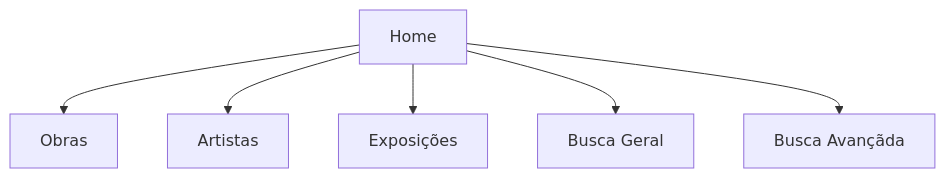
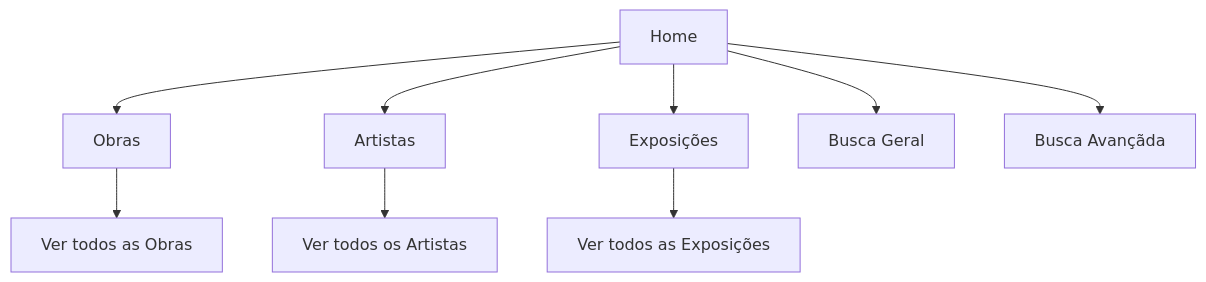
Before and after one commit to reynaldocv/macusp: the diagram in README.md, drawn with Mermaid.

````diff
--- a/README.md
+++ b/README.md
@@ -247,16 +247,19 @@
 ```mermaid
 graph TD
     Home[Home] --> Works[Obras]
     Home --> Artists[Artistas]
     Home --> Exhibitions[Exposições]    
     Home --> MultiSearch[Busca Geral]
     Home --> AdvancedSearch[Busca Avançãda]
+    Works --> ViewWorks[Ver todos as Obras]
+    Artists --> ViewArtists[Ver todos os Artistas]
+    Exhibitions --> ViewExhibitions[Ver todos as Exposições]
     
     %% Definición de los enlaces
     click Home "http://143.107.130.173/admacervo/macusp/index.php" "<b>Views</b>: Front" _blank
     click Works "http://143.107.130.173/admacervo/macusp/index.php" "<b>Controllers</b>: BrowserController <br> Views: Browser <br> config: browse.conf" _blank
     click Artists "http://143.107.130.173/admacervo/macusp/index.php" "<b>Controllers</b>:             <br>    Views: Front <br>    config: Front" _blank
     click Exhibitions "http://143.107.130.173/admacervo/macusp/index.php" "<b>Controllers</b>:             <br> Views: Front <br> config: Front" _blank
     click VP1 "https://google.com" "Ir a soporte" _blank
 
 ```
````
